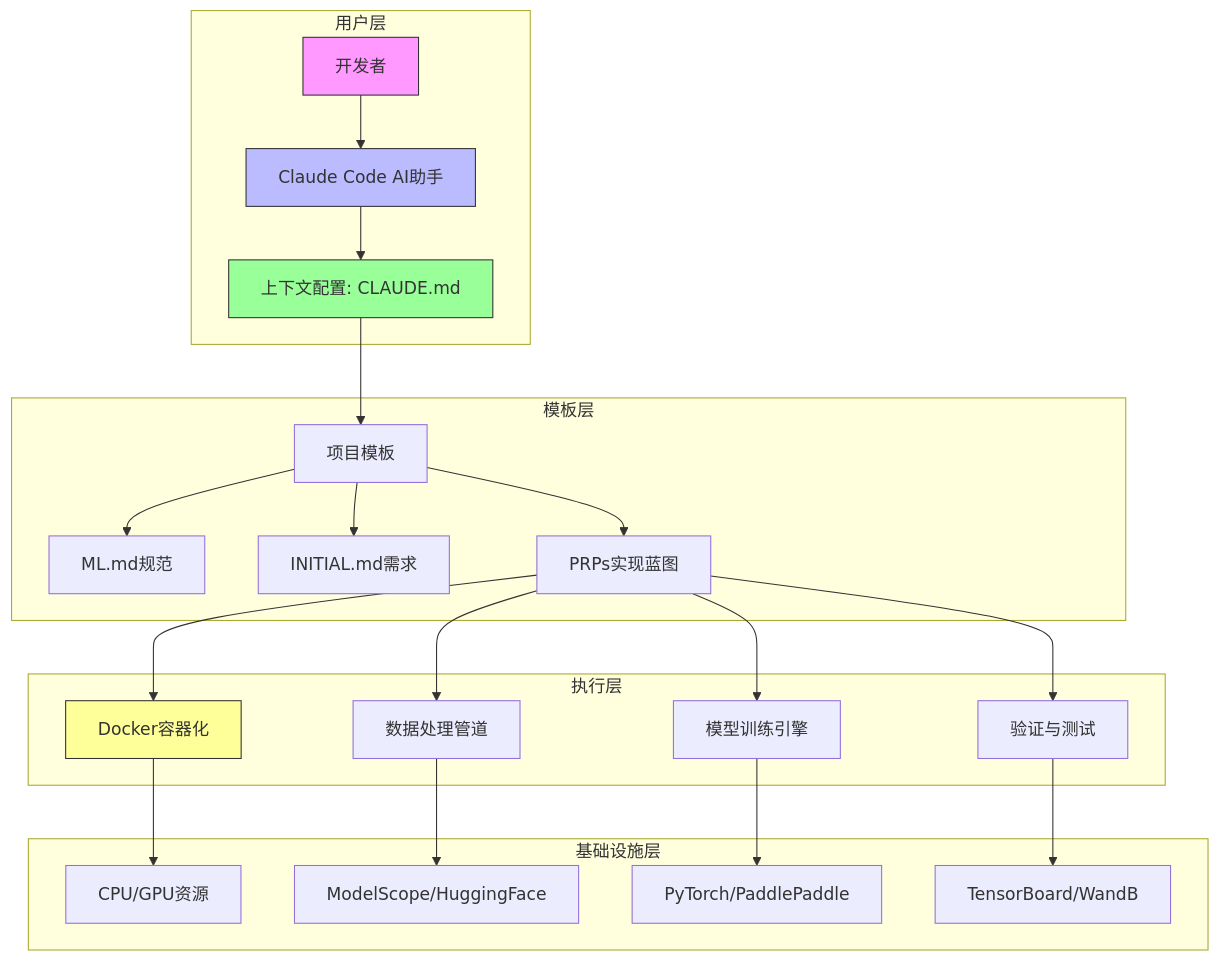
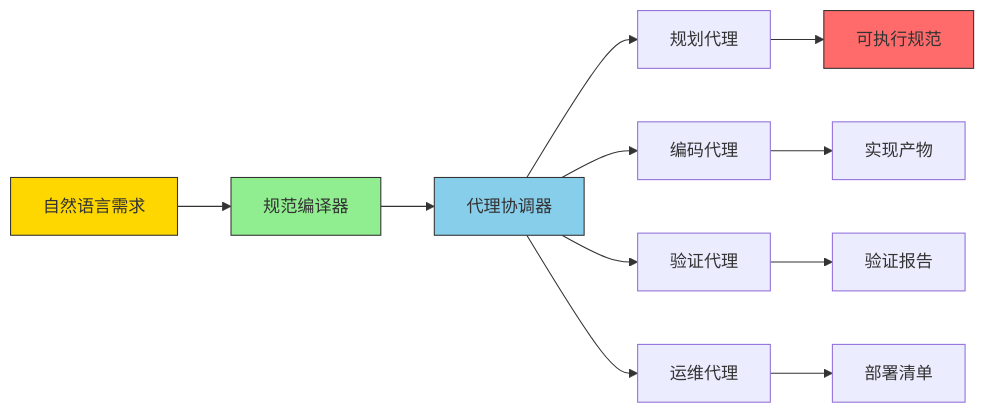
Before and after one commit to ouyangshixiong/context-engineering-zh: the first of 9 diagrams in README.md, drawn with Mermaid. The commit also changed other lines of this file and 24 other files, not shown here.

````diff
--- a/README.md
+++ b/README.md
@@ -13,33 +38,18 @@
 ```mermaid
-graph TB
-    subgraph "用户层"
-        A[开发者] --> B[Claude Code AI助手]
-        B --> C[上下文配置: CLAUDE.md]
-    end
+graph LR
+    A[自然语言需求] --> B[规范编译器]
+    B --> C[代理协调器]
+    C --> D[规划代理]
+    C --> E[编码代理]
+    C --> F[验证代理]
+    C --> G[运维代理]
+    D --> H[可执行规范]
+    E --> I[实现产物]
+    F --> J[验证报告]
+    G --> K[部署清单]
     
-    subgraph "模板层"
-        C --> D[项目模板]
-        D --> E[ML.md规范]
-        D --> F[INITIAL.md需求]
-        D --> G[PRPs实现蓝图]
-    end
-    
-    subgraph "执行层"
-        G --> H[Docker容器化]
-        G --> I[数据处理管道]
-        G --> J[模型训练引擎]
-        G --> K[验证与测试]
-    end
-    
-    subgraph "基础设施层"
-        H --> L[CPU/GPU资源]
-        I --> M[ModelScope/HuggingFace]
-        J --> N[PyTorch/PaddlePaddle]
-        K --> O[TensorBoard/WandB]
-    end
-    
-    style A fill:#f9f,stroke:#333
-    style B fill:#bbf,stroke:#333
-    style C fill:#9f9,stroke:#333
-    style H fill:#ff9,stroke:#333
+    style A fill:#FFD700,stroke:#333
+    style B fill:#90EE90,stroke:#333
+    style C fill:#87CEEB,stroke:#333
+    style H fill:#FF6B6B,stroke:#333
 ```
````
